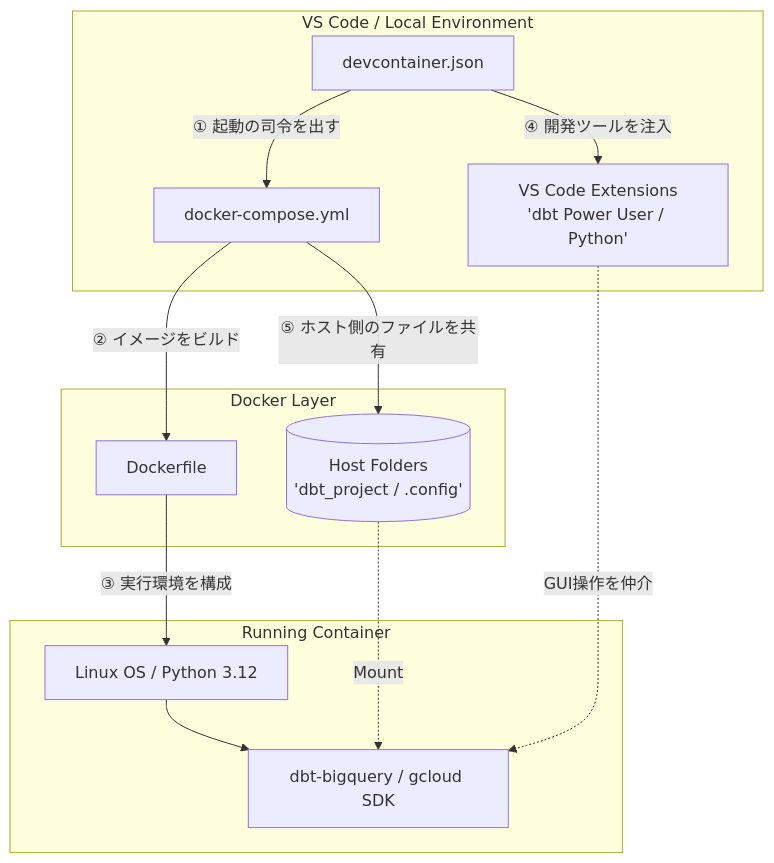
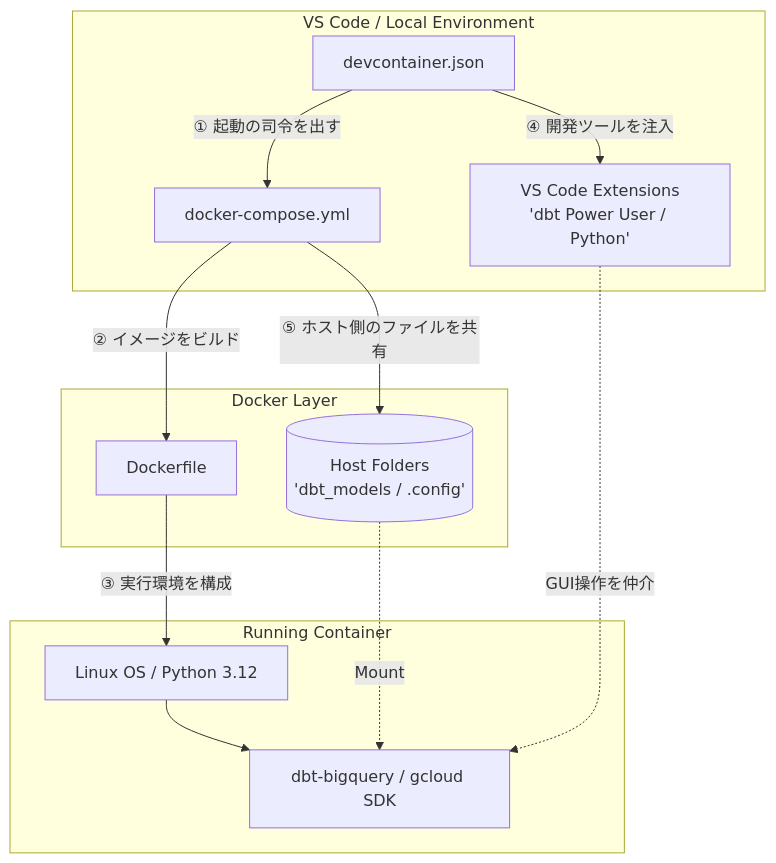
Before and after one commit to haru-shinn/ships_dbt: the second of 2 diagrams in README.md, drawn with Mermaid. The commit also changed 14 other files, not shown here.

````diff
--- a/README.md
+++ b/README.md
@@ -299,20 +299,20 @@
 ```mermaid
 graph TD
     subgraph VSCode_UI [VS Code / Local Environment]
         A[devcontainer.json] -- "① 起動の司令を出す" --> B[docker-compose.yml]
         A -- "④ 開発ツールを注入" --> G[VS Code Extensions<br/>'dbt Power User / Python']
     end
 
     subgraph Docker_Orchestration [Docker Layer]
         B -- "② イメージをビルド" --> C[Dockerfile]
-        B -- "⑤ ホスト側のファイルを共有" --> F[(Host Folders<br/>'dbt_project / .config')]
+        B -- "⑤ ホスト側のファイルを共有" --> F[(Host Folders<br/>'dbt_models / .config')]
     end
 
     subgraph Container_Runtime [Running Container]
         C -- "③ 実行環境を構成" --> D[Linux OS / Python 3.12]
         D --> E[dbt-bigquery / gcloud SDK]
         F -.-> |Mount| E
     end
 
     G -.-> |GUI操作を仲介| E
 ```
````
